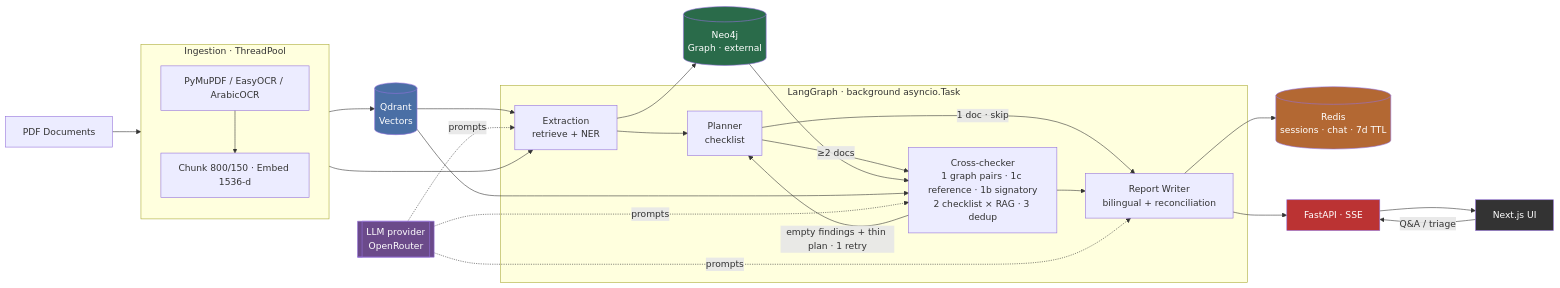
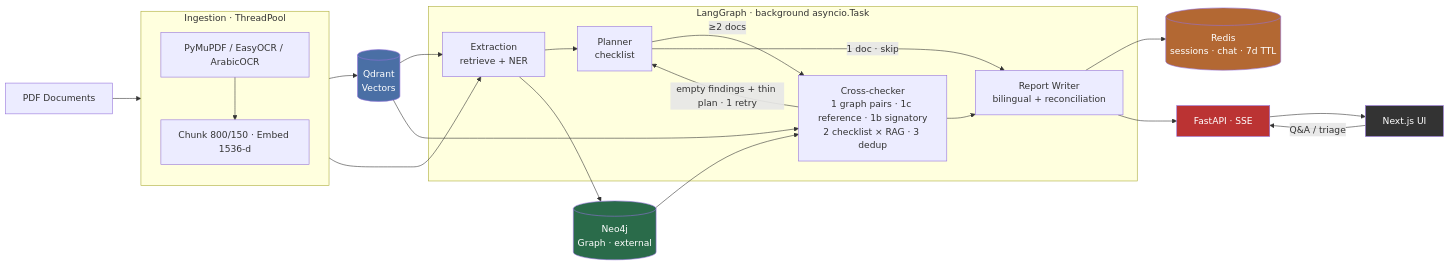
One commit to Mostafa-Emad77/AuditMind changed the diagram in README.md. Above: the diagram before and after it, drawn with Mermaid. The commit also changed other lines of this file, not shown here.

Commit message:
refactor: update architecture diagram to clarify LLM provider interactions and enhance infrastructure description

````diff
--- a/README.md
+++ b/README.md
@@ -30,40 +30,35 @@
 ```mermaid
 flowchart LR
     PDFs[PDF Documents] --> Ingestion
 
     subgraph Ingestion[Ingestion · ThreadPool]
         OCR[PyMuPDF / EasyOCR / ArabicOCR] --> ChunkEmbed[Chunk 800/150 · Embed 1536-d]
     end
 
     Ingestion --> Qdrant[(Qdrant\nVectors)]
     Ingestion --> Extraction
 
     subgraph Pipeline[LangGraph · background asyncio.Task]
         Extraction[Extraction\nretrieve + NER] --> Planner[Planner\nchecklist]
         Planner -->|≥2 docs| CrossChecker[Cross-checker\n1 graph pairs · 1c reference · 1b signatory\n2 checklist × RAG · 3 dedup]
         Planner -->|1 doc · skip| ReportWriter[Report Writer\nbilingual + reconciliation]
         CrossChecker --> ReportWriter
         CrossChecker -->|empty findings + thin plan · 1 retry| Planner
     end
 
     Qdrant --> Extraction
     Extraction --> Neo4j[(Neo4j\nGraph · external)]
     Neo4j --> CrossChecker
     Qdrant --> CrossChecker
 
     ReportWriter --> Redis[(Redis\nsessions · chat · 7d TTL)]
     ReportWriter --> FastAPI[FastAPI · SSE]
     FastAPI --> NextUI[Next.js UI]
     NextUI -->|Q&A / triage| FastAPI
 
-    LLM[[LLM provider\nOpenRouter]] -. prompts .-> Extraction
-    LLM -. prompts .-> CrossChecker
-    LLM -. prompts .-> ReportWriter
-
     style Qdrant fill:#4a6fa5,color:#fff
     style Neo4j fill:#2a6b4a,color:#fff
     style Redis fill:#b36833,color:#fff
-    style LLM fill:#6b4a8a,color:#fff
     style FastAPI fill:#b33,color:#fff
     style NextUI fill:#333,color:#fff
 ```
````
